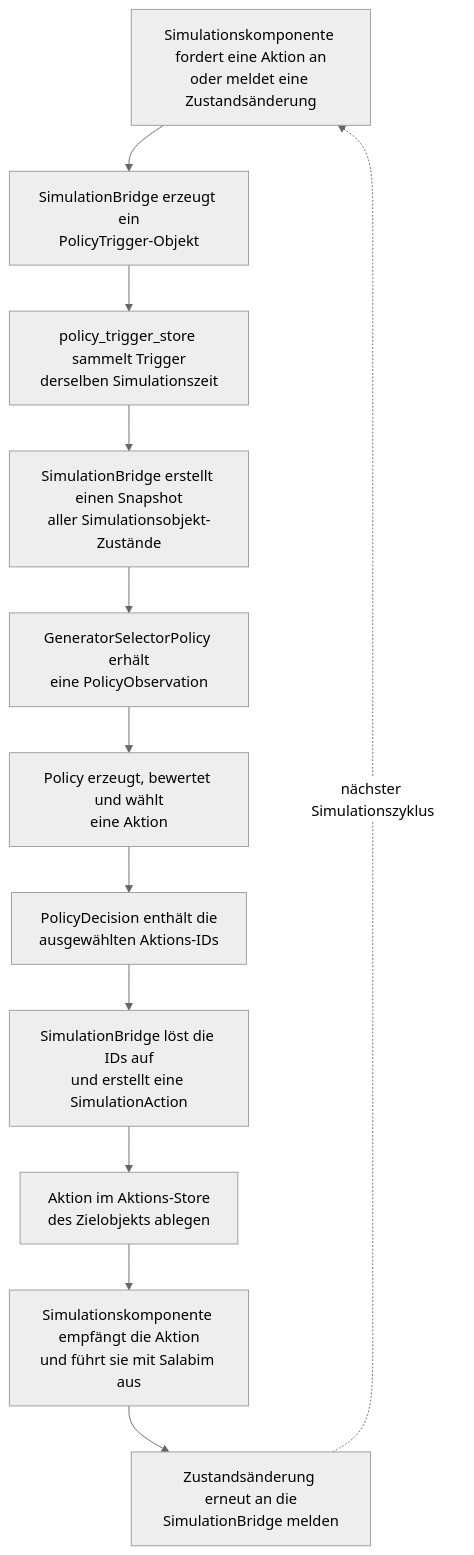
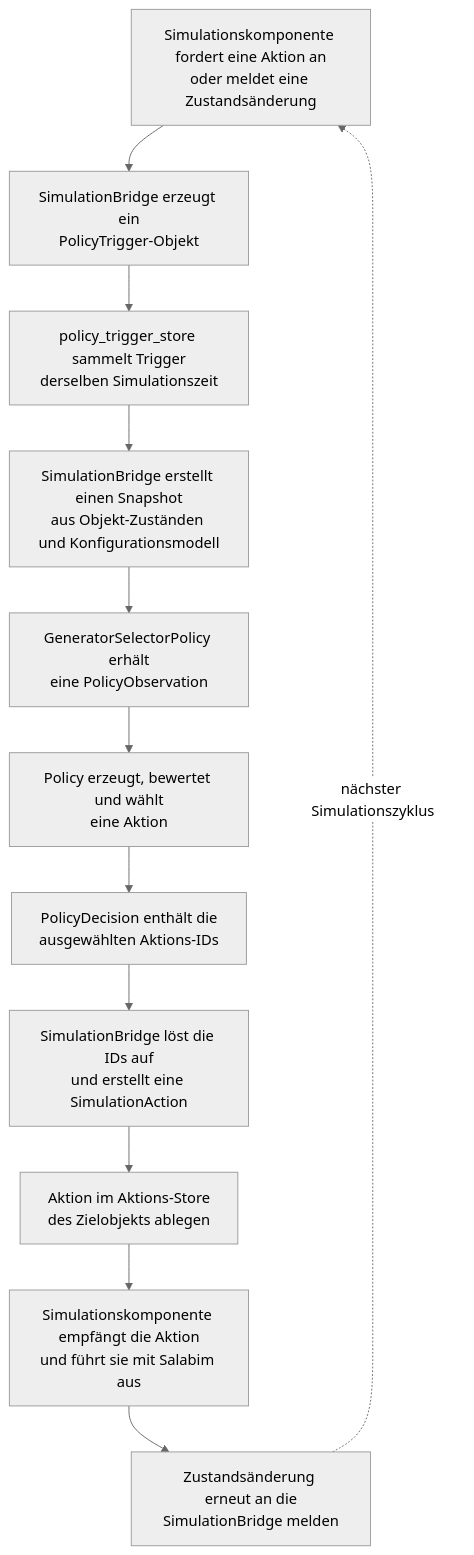
Before and after one commit to ghackenberg/SpineML: the third of 14 diagrams in README.md, drawn with Mermaid (neutral theme). The commit also changed other lines of this file, not shown here.

Commit message:
Clarify snapshot contents

````diff
--- a/README.md
+++ b/README.md
@@ -535,15 +536,15 @@
 ```mermaid
 flowchart TD
     A[Simulationskomponente fordert eine Aktion an<br/>oder meldet eine Zustandsänderung]
     A --> B[SimulationBridge erzeugt ein<br/>PolicyTrigger-Objekt]
     B --> C[policy_trigger_store sammelt Trigger<br/>derselben Simulationszeit]
-    C --> D[SimulationBridge erstellt einen Snapshot<br/>aller Simulationsobjekt-Zustände]
+    C --> D[SimulationBridge erstellt einen Snapshot<br/>aus Objekt-Zuständen und Konfigurationsmodell]
     D --> E[GeneratorSelectorPolicy erhält<br/>eine PolicyObservation]
     E --> F[Policy erzeugt, bewertet und wählt<br/>eine Aktion]
     F --> G[PolicyDecision enthält die<br/>ausgewählten Aktions-IDs]
     G --> H[SimulationBridge löst die IDs auf<br/>und erstellt eine SimulationAction]
     H --> I[Aktion im Aktions-Store<br/>des Zielobjekts ablegen]
     I --> J[Simulationskomponente empfängt die Aktion<br/>und führt sie mit Salabim aus]
     J --> K[Zustandsänderung erneut an die<br/>SimulationBridge melden]
     K -. nächster Simulationszyklus .-> A
 ```
````
